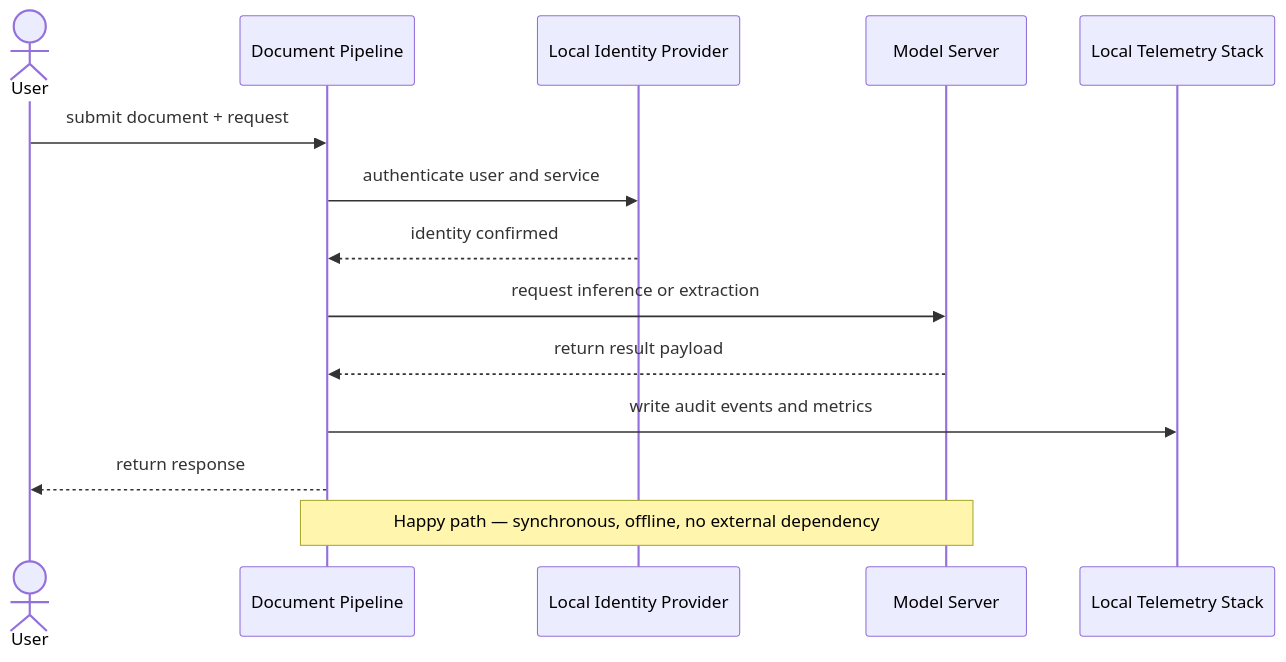
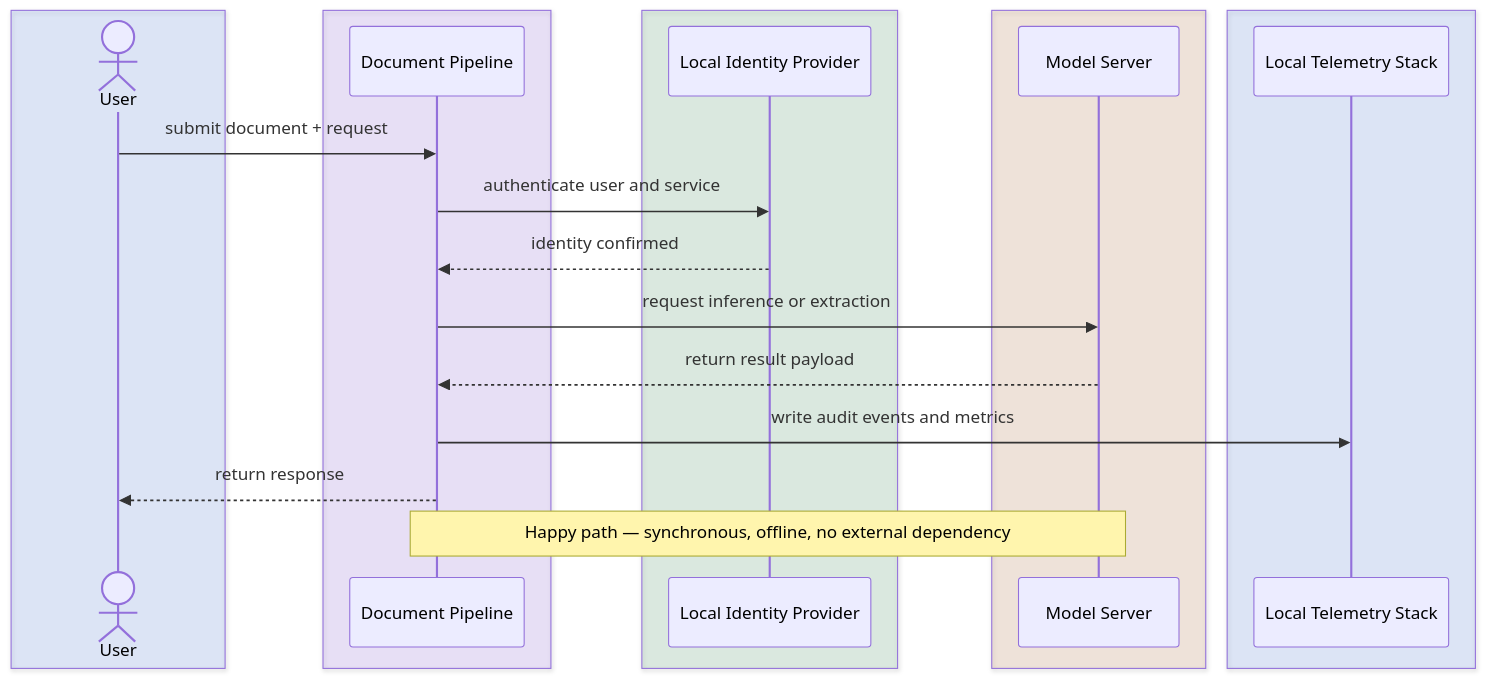
Before and after one commit to Sourav692/Forward-Deployed-Engineer-Interview-Prep: the second of 3 diagrams in site/content/modules/15-fde-case-studies/standalone-designs/air-gapped-ai-system/tutorial-v2-part-3.md, drawn with Mermaid. The commit also changed other lines of this file and 1268 other files, not shown here.

First line of the commit message:
content: polish Casebook writing and Mermaid diagrams (#251)

````diff
--- a/site/content/modules/15-fde-case-studies/standalone-designs/air-gapped-ai-system/tutorial-v2-part-3.md
+++ b/site/content/modules/15-fde-case-studies/standalone-designs/air-gapped-ai-system/tutorial-v2-part-3.md
@@ -90,18 +100,28 @@
 ```mermaid
 sequenceDiagram
-    actor User
-    participant DP as Document Pipeline
-    participant LIP as Local Identity Provider
-    participant MS as Model Server
-    participant LTS as Local Telemetry Stack
+    box rgba(37,99,235,0.12)
+        actor User
+    end
+    box rgba(124,58,237,0.12)
+        participant DP as Document Pipeline
+    end
+    box rgba(21,128,61,0.12)
+        participant LIP as Local Identity Provider
+    end
+    box rgba(180,83,9,0.12)
+        participant MS as Model Server
+    end
+    box rgba(37,99,235,0.12)
+        participant LTS as Local Telemetry Stack
+    end
 
     User->>DP: submit document + request
     DP->>LIP: authenticate user and service
     LIP-->>DP: identity confirmed
     DP->>MS: request inference or extraction
     MS-->>DP: return result payload
     DP->>LTS: write audit events and metrics
     DP-->>User: return response
 
     Note over DP,MS: Happy path — synchronous, offline, no external dependency
 ```
````
